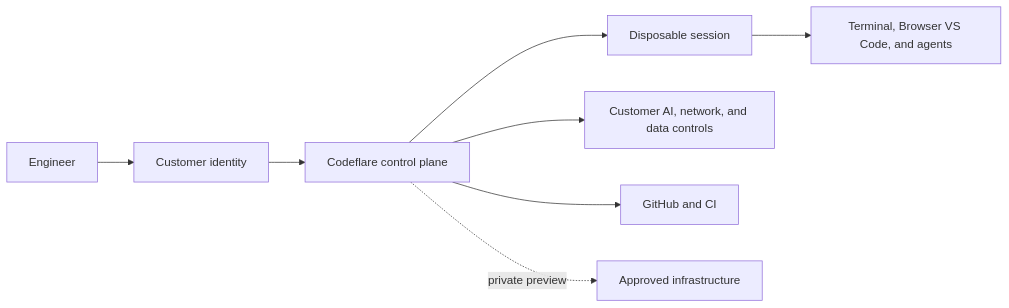
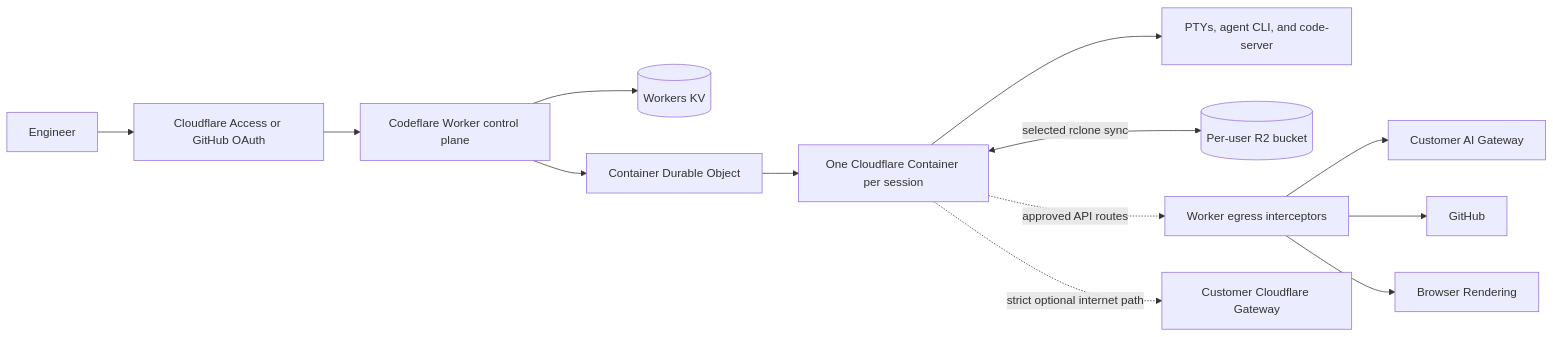
Before and after one commit to nikolanovoselec/codeflare: the diagram in README.md, drawn with Mermaid. The commit also changed other lines of this file, not shown here.

````diff
--- a/README.md
+++ b/README.md
@@ -138,10 +127,15 @@
 ```mermaid
-graph LR
-    U[Engineer] --> I[Customer identity]
-    I --> C[Codeflare control plane]
-    C --> S[Disposable session]
-    S --> T[Terminal, Browser VS Code, and agents]
-    C --> G[Customer AI, network, and data controls]
-    C --> R[GitHub and CI]
-    C -. private preview .-> H[Approved infrastructure]
+flowchart LR
+    E[Engineer] --> ID[Cloudflare Access or GitHub OAuth]
+    ID --> W[Codeflare Worker control plane]
+    W --> KV[(Workers KV)]
+    W --> DO[Container Durable Object]
+    DO --> C[One Cloudflare Container per session]
+    C --> P[PTYs, agent CLI, and code-server]
+    C <-->|selected rclone sync| R2[(Per-user R2 bucket)]
+    C -. approved API routes .-> X[Worker egress interceptors]
+    X --> AIG[Customer AI Gateway]
+    X --> GH[GitHub]
+    X --> BR[Browser Rendering]
+    C -. strict optional internet path .-> GW[Customer Cloudflare Gateway]
 ```
````
